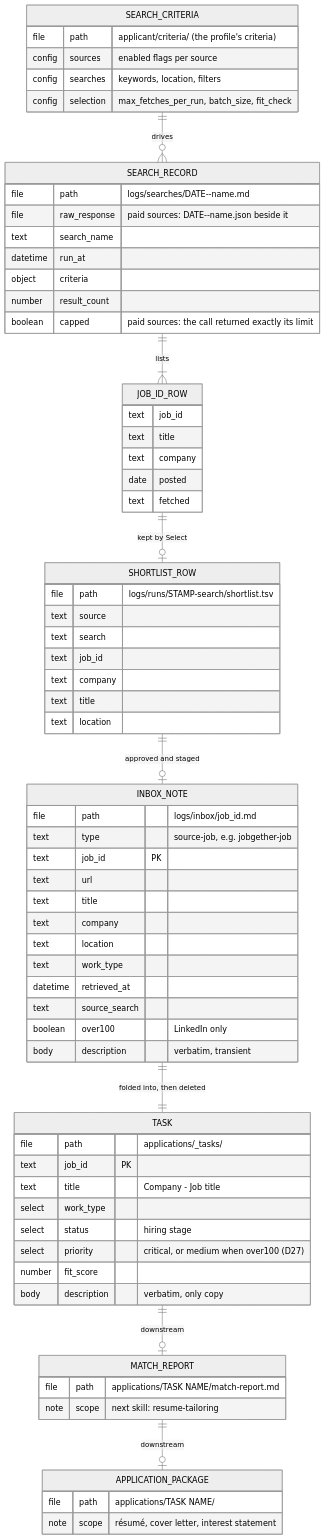
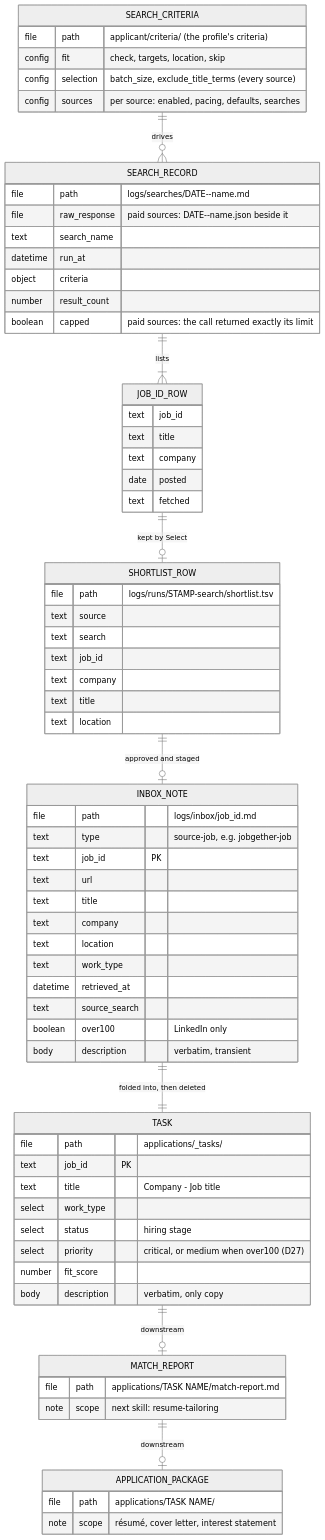
Before and after one commit to datainkio/Honcho: the fifth of 6 diagrams in pipeline/skills/job-retrieval/README.md, drawn with Mermaid (neutral theme). The commit also changed 64 other files, not shown here.

````diff
--- a/pipeline/skills/job-retrieval/README.md
+++ b/pipeline/skills/job-retrieval/README.md
@@ -251,74 +251,74 @@
 ```mermaid
 erDiagram
   SEARCH_CRITERIA ||--o{ SEARCH_RECORD : "drives"
   SEARCH_RECORD ||--|{ JOB_ID_ROW : "lists"
   JOB_ID_ROW ||--o| SHORTLIST_ROW : "kept by Select"
   SHORTLIST_ROW ||--o| INBOX_NOTE : "approved and staged"
   INBOX_NOTE ||--|| TASK : "folded into, then deleted"
   TASK ||--o| MATCH_REPORT : "downstream"
   MATCH_REPORT ||--o| APPLICATION_PACKAGE : "downstream"
 
   SEARCH_CRITERIA {
     file path "applicant/criteria/ (the profile's criteria)"
-    config sources "enabled flags per source"
-    config searches "keywords, location, filters"
-    config selection "max_fetches_per_run, batch_size, fit_check"
+    config fit "check, targets, location, skip"
+    config selection "batch_size, exclude_title_terms (every source)"
+    config sources "per source: enabled, pacing, defaults, searches"
   }
   SEARCH_RECORD {
     file path "logs/searches/DATE--name.md"
     file raw_response "paid sources: DATE--name.json beside it"
     text search_name
     datetime run_at
     object criteria
     number result_count
     boolean capped "paid sources: the call returned exactly its limit"
   }
   JOB_ID_ROW {
     text job_id
     text title
     text company
     date posted
     text fetched
   }
   SHORTLIST_ROW {
     file path "logs/runs/STAMP-search/shortlist.tsv"
     text source
     text search
     text job_id
     text company
     text title
     text location
   }
   INBOX_NOTE {
     file path "logs/inbox/job_id.md"
     text type "source-job, e.g. jobgether-job"
     text job_id PK
     text url
     text title
     text company
     text location
     text work_type
     datetime retrieved_at
     text source_search
     boolean over100 "LinkedIn only"
     body description "verbatim, transient"
   }
   TASK {
     file path "applications/_tasks/"
     text job_id PK
     text title "Company - Job title"
     select work_type
     select status "hiring stage"
     select priority "critical, or medium when over100 (D27)"
     number fit_score
     body description "verbatim, only copy"
   }
   MATCH_REPORT {
     file path "applications/TASK NAME/match-report.md"
     note scope "next skill: resume-tailoring"
   }
   APPLICATION_PACKAGE {
     file path "applications/TASK NAME/"
     note scope "résumé, cover letter, interest statement"
   }
 ```
````
